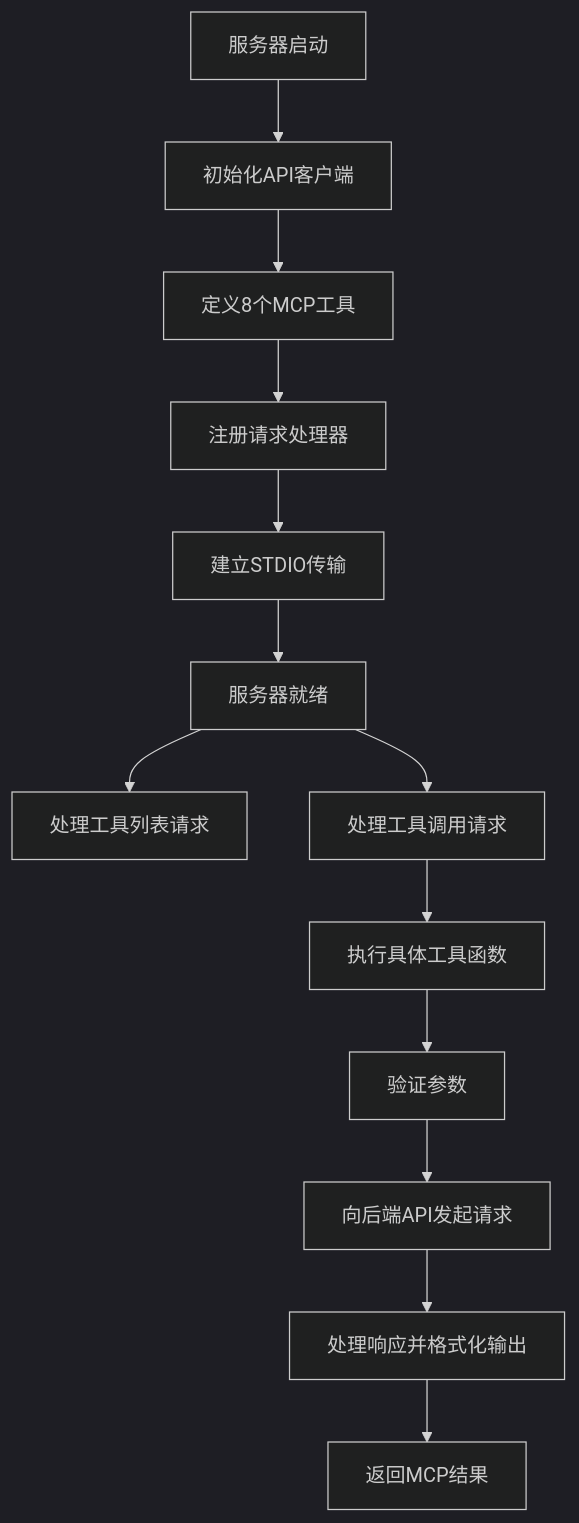
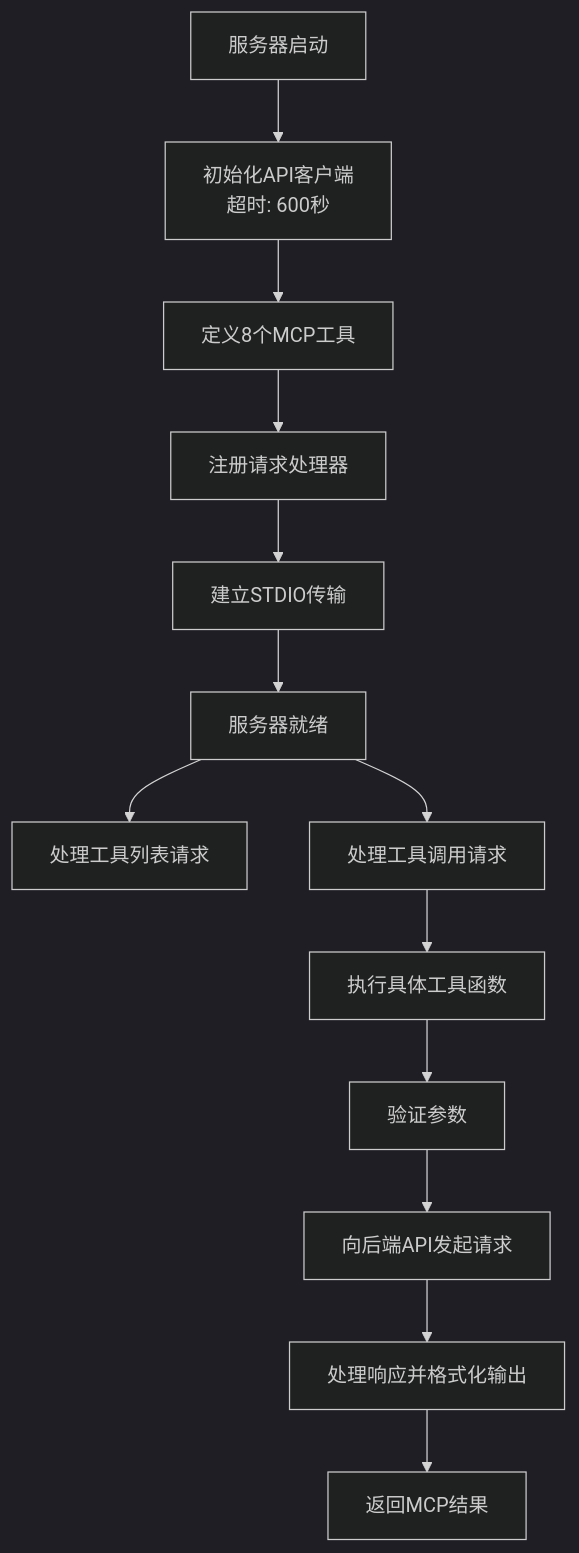
The fifth of 17 diagrams in .qoder/repowiki/zh/content/核心模块详解/MCP服务器集成.md (songdiyang/clawOperations), drawn with Mermaid (dark theme) before and after one commit. The commit also changed other lines of this file and 10 other files, not shown here.

````diff
--- a/.qoder/repowiki/zh/content/核心模块详解/MCP服务器集成.md
+++ b/.qoder/repowiki/zh/content/核心模块详解/MCP服务器集成.md
@@ -256,15 +285,15 @@
 ```mermaid
 flowchart TD
-START[服务器启动] --> INIT_CLIENT[初始化API客户端]
+START[服务器启动] --> INIT_CLIENT[初始化API客户端<br/>超时: 600秒]
 INIT_CLIENT --> DEFINE_TOOLS[定义8个MCP工具]
 DEFINE_TOOLS --> REGISTER_HANDLERS[注册请求处理器]
 REGISTER_HANDLERS --> CONNECT_TRANSPORT[建立STDIO传输]
 CONNECT_TRANSPORT --> READY[服务器就绪]
 READY --> LIST_TOOLS[处理工具列表请求]
 READY --> CALL_TOOL[处理工具调用请求]
 CALL_TOOL --> EXECUTE_TOOL[执行具体工具函数]
 EXECUTE_TOOL --> VALIDATE_ARGS[验证参数]
 VALIDATE_ARGS --> MAKE_REQUEST[向后端API发起请求]
 MAKE_REQUEST --> HANDLE_RESPONSE[处理响应并格式化输出]
 HANDLE_RESPONSE --> RETURN_RESULT[返回MCP结果]
 ```
````
